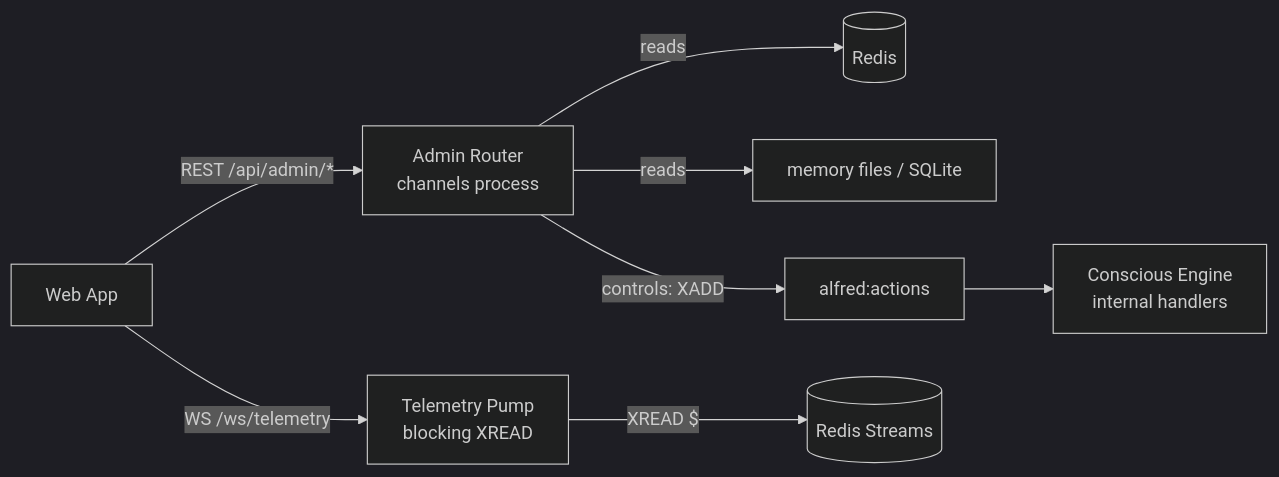
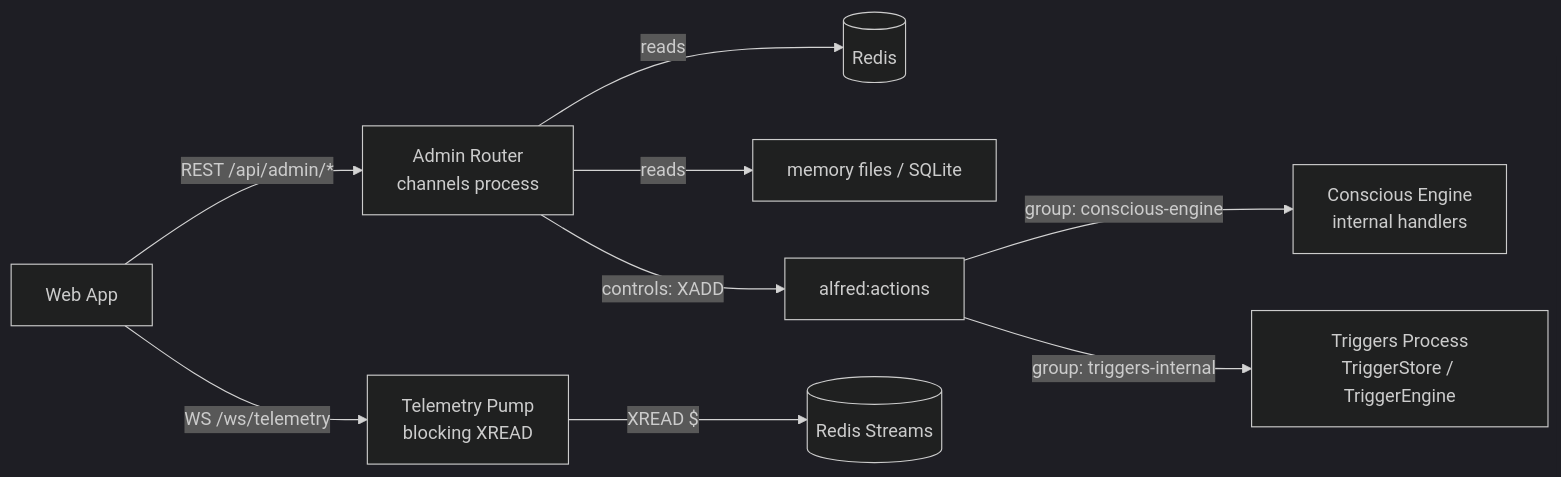
One commit to anirudhlath/alfred changed the diagram in docs/admin-api.md. Above: the diagram before and after it, drawn with Mermaid (dark theme). The commit also changed other lines of this file and 7 other files, not shown here.

First line of the commit message:
fix(triggers): route admin trigger mutations through ACTIONS_STREAM

````diff
--- a/docs/admin-api.md
+++ b/docs/admin-api.md
@@ -450,10 +468,11 @@
 ```mermaid
 graph LR
     SPA[Web App] -->|REST /api/admin/*| Admin[Admin Router<br/>channels process]
     SPA -->|WS /ws/telemetry| Pump[Telemetry Pump<br/>blocking XREAD]
     Admin -->|reads| Redis[(Redis)]
     Admin -->|reads| Files[memory files / SQLite]
     Admin -->|controls: XADD| Actions[alfred:actions]
     Pump -->|XREAD $| Streams[(Redis Streams)]
-    Actions --> Conscious[Conscious Engine<br/>internal handlers]
+    Actions -->|group: conscious-engine| Conscious[Conscious Engine<br/>internal handlers]
+    Actions -->|group: triggers-internal| Triggers[Triggers Process<br/>TriggerStore / TriggerEngine]
 ```
````
